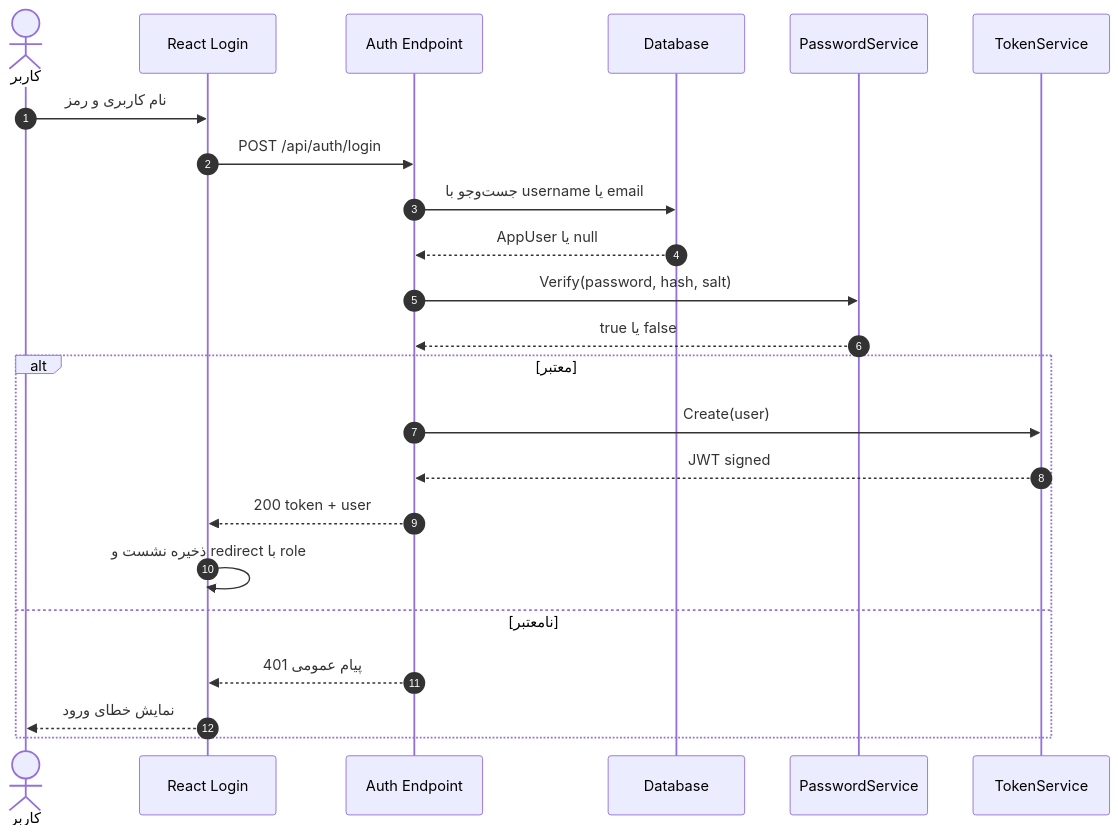
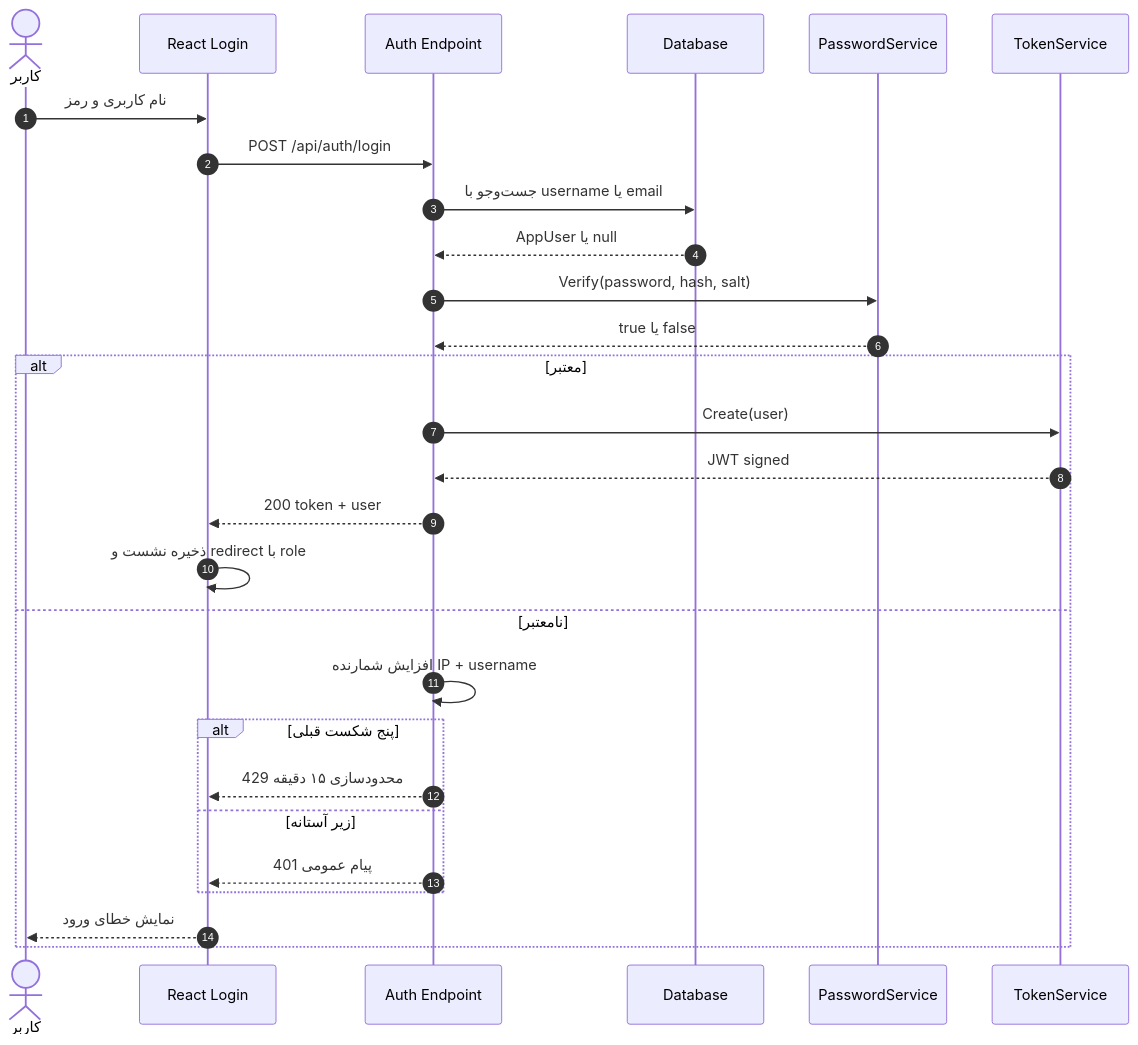
The first of 8 diagrams in docs/diagrams/sequence-diagrams.md (mohamadkheiry/mobinsilver), drawn with Mermaid before and after one commit. The commit also changed other lines of this file and 43 other files, not shown here.

````diff
--- a/docs/diagrams/sequence-diagrams.md
+++ b/docs/diagrams/sequence-diagrams.md
@@ -5,26 +5,31 @@
 ```mermaid
 sequenceDiagram
     autonumber
     actor U as کاربر
     participant W as React Login
     participant A as Auth Endpoint
     participant D as Database
     participant P as PasswordService
     participant T as TokenService
 
     U->>W: نام کاربری و رمز
     W->>A: POST /api/auth/login
     A->>D: جست‌وجو با username یا email
     D-->>A: AppUser یا null
     A->>P: Verify(password, hash, salt)
     P-->>A: true یا false
     alt معتبر
         A->>T: Create(user)
         T-->>A: JWT signed
         A-->>W: 200 token + user
         W->>W: ذخیره نشست و redirect با role
     else نامعتبر
-        A-->>W: 401 پیام عمومی
+        A->>A: افزایش شمارنده IP + username
+        alt پنج شکست قبلی
+            A-->>W: 429 محدودسازی ۱۵ دقیقه
+        else زیر آستانه
+            A-->>W: 401 پیام عمومی
+        end
         W-->>U: نمایش خطای ورود
     end
 ```
````
